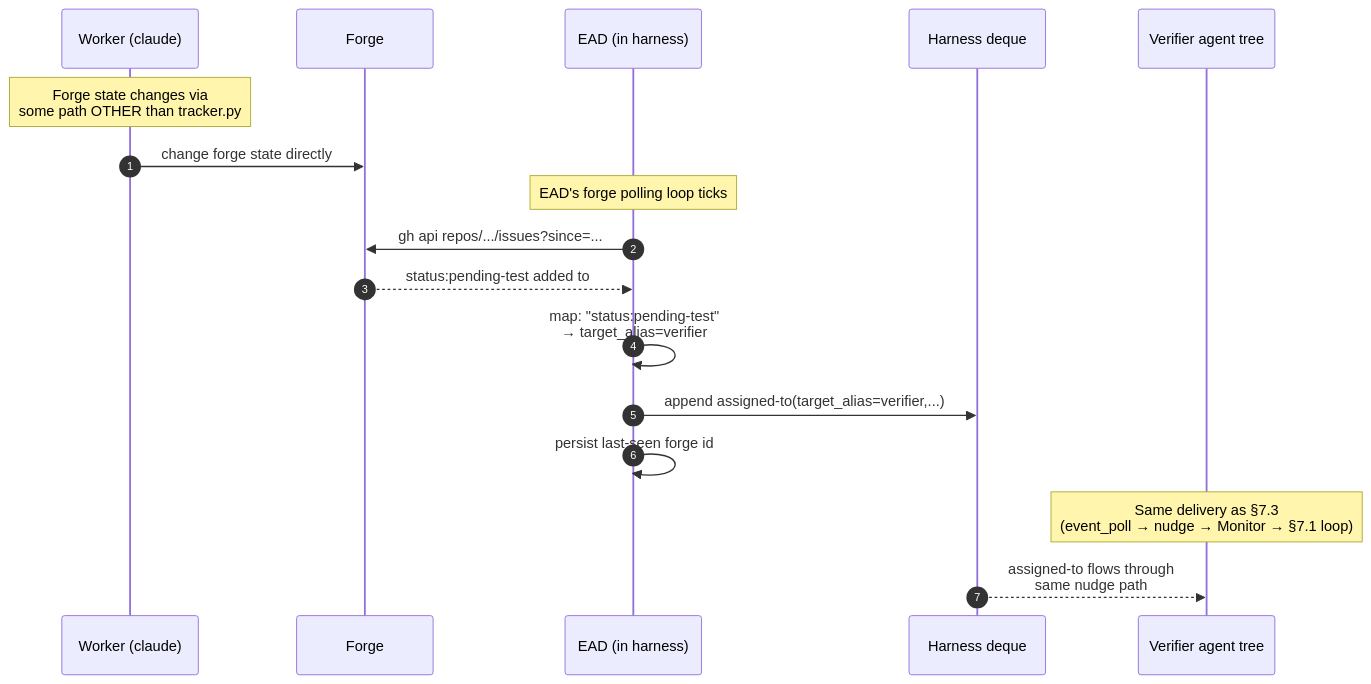
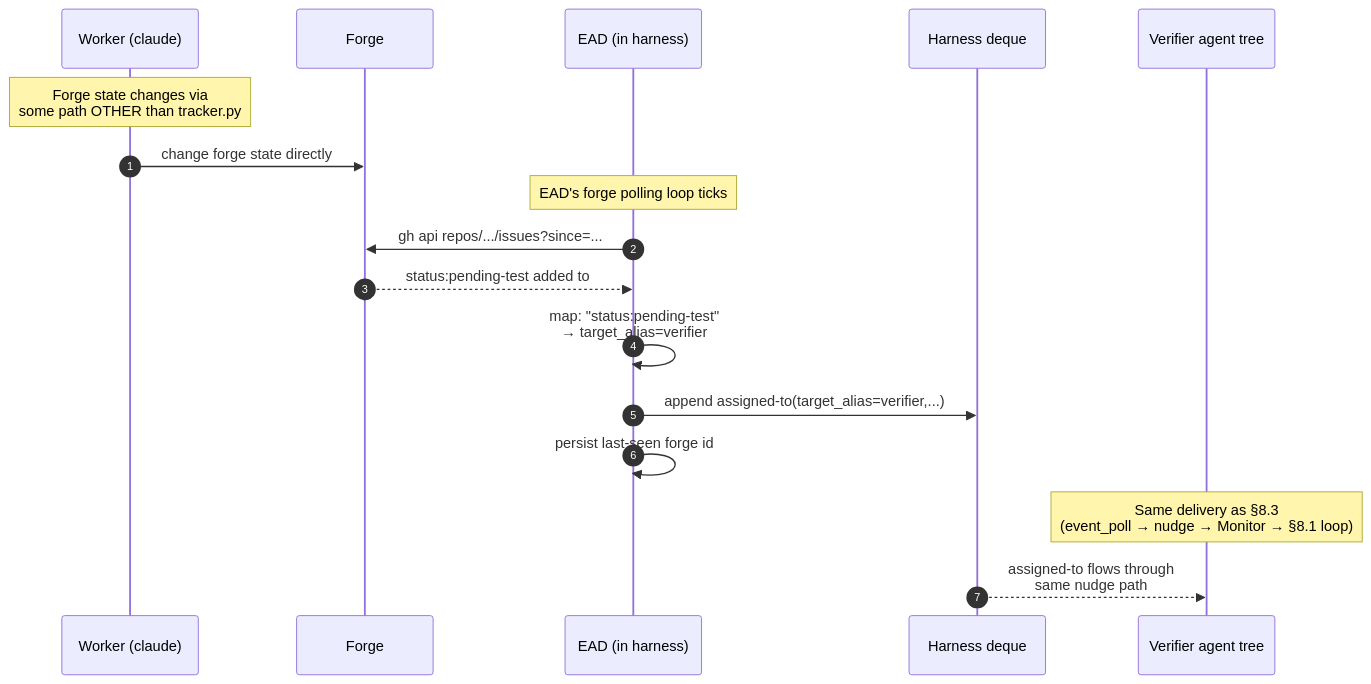
One commit to WallyDoodlez/SquidSquad changed diagram 13 of 15 in docs/AGENT-RUNTIME.md. Above: the diagram before and after it, drawn with Mermaid. The commit also changed other lines of this file and 15 other files, not shown here.

````diff
--- a/docs/AGENT-RUNTIME.md
+++ b/docs/AGENT-RUNTIME.md
@@ -1013,22 +1013,22 @@
 ```mermaid
 sequenceDiagram
     autonumber
     participant W as Worker (claude)
     participant F as Forge
     participant EAD as EAD (in harness)
     participant H as Harness deque
     participant V as Verifier agent tree
 
     Note over W: Forge state changes via<br/>some path OTHER than tracker.py
     W->>F: change forge state directly
 
     Note over EAD: EAD's forge polling loop ticks
     EAD->>F: gh api repos/.../issues?since=...
     F-->>EAD: status:pending-test added to #9926
     EAD->>EAD: map: "status:pending-test"<br/>→ target_alias=verifier
     EAD->>H: append assigned-to(target_alias=verifier,...)
     EAD->>EAD: persist last-seen forge id
 
-    Note over V: Same delivery as §7.3<br/>(event_poll → nudge → Monitor → §7.1 loop)
+    Note over V: Same delivery as §8.3<br/>(event_poll → nudge → Monitor → §8.1 loop)
     H-->>V: assigned-to flows through<br/>same nudge path
 ```
````
